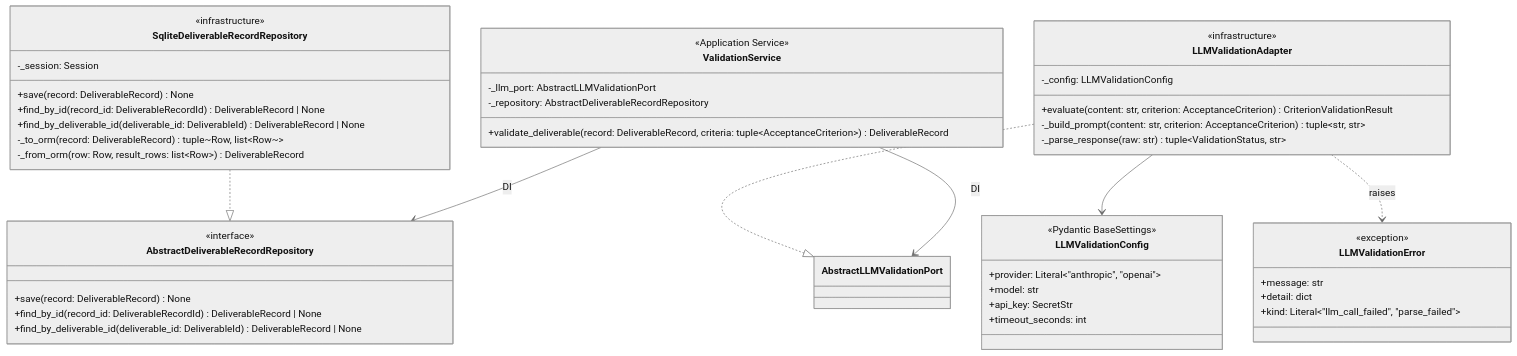
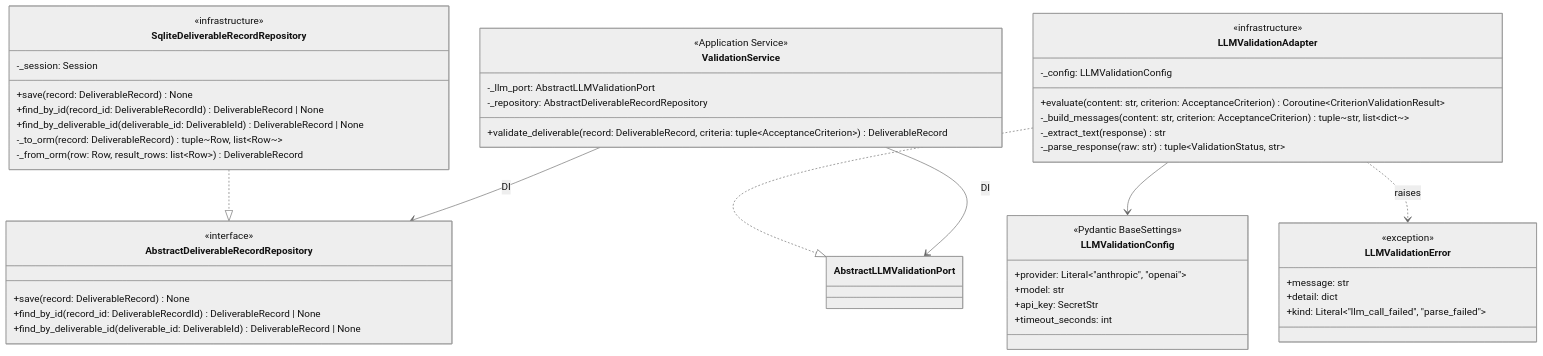
One commit to bakufu-dev/bakufu changed the diagram in docs/features/deliverable-template/ai-validation/detailed-design.md. Above: the diagram before and after it, drawn with Mermaid (neutral theme). The commit also changed other lines of this file and 1 other file, not shown here.

````diff
--- a/docs/features/deliverable-template/ai-validation/detailed-design.md
+++ b/docs/features/deliverable-template/ai-validation/detailed-design.md
@@ -22,56 +22,57 @@
 ```mermaid
 classDiagram
     class ValidationService {
         <<Application Service>>
         -_llm_port: AbstractLLMValidationPort
         -_repository: AbstractDeliverableRecordRepository
         +validate_deliverable(record: DeliverableRecord, criteria: tuple~AcceptanceCriterion~) DeliverableRecord
     }
 
     class LLMValidationAdapter {
         <<infrastructure>>
         -_config: LLMValidationConfig
-        +evaluate(content: str, criterion: AcceptanceCriterion) CriterionValidationResult
-        -_build_prompt(content: str, criterion: AcceptanceCriterion) tuple~str, str~
+        +evaluate(content: str, criterion: AcceptanceCriterion) Coroutine~CriterionValidationResult~
+        -_build_messages(content: str, criterion: AcceptanceCriterion) tuple~str, list~dict~~
+        -_extract_text(response) str
         -_parse_response(raw: str) tuple~ValidationStatus, str~
     }
 
     class LLMValidationConfig {
         <<Pydantic BaseSettings>>
         +provider: Literal~"anthropic", "openai"~
         +model: str
         +api_key: SecretStr
         +timeout_seconds: int
     }
 
     class AbstractDeliverableRecordRepository {
         <<interface>>
         +save(record: DeliverableRecord) None
         +find_by_id(record_id: DeliverableRecordId) DeliverableRecord | None
         +find_by_deliverable_id(deliverable_id: DeliverableId) DeliverableRecord | None
     }
 
     class SqliteDeliverableRecordRepository {
         <<infrastructure>>
         -_session: Session
         +save(record: DeliverableRecord) None
         +find_by_id(record_id: DeliverableRecordId) DeliverableRecord | None
         +find_by_deliverable_id(deliverable_id: DeliverableId) DeliverableRecord | None
         -_to_orm(record: DeliverableRecord) tuple~Row, list~Row~~
         -_from_orm(row: Row, result_rows: list~Row~) DeliverableRecord
     }
 
     class LLMValidationError {
         <<exception>>
         +message: str
         +detail: dict
         +kind: Literal~"llm_call_failed", "parse_failed"~
     }
 
     ValidationService --> AbstractLLMValidationPort : DI
     ValidationService --> AbstractDeliverableRecordRepository : DI
     LLMValidationAdapter ..|> AbstractLLMValidationPort
     LLMValidationAdapter --> LLMValidationConfig
     LLMValidationAdapter ..> LLMValidationError : raises
     SqliteDeliverableRecordRepository ..|> AbstractDeliverableRecordRepository
 ```
````
